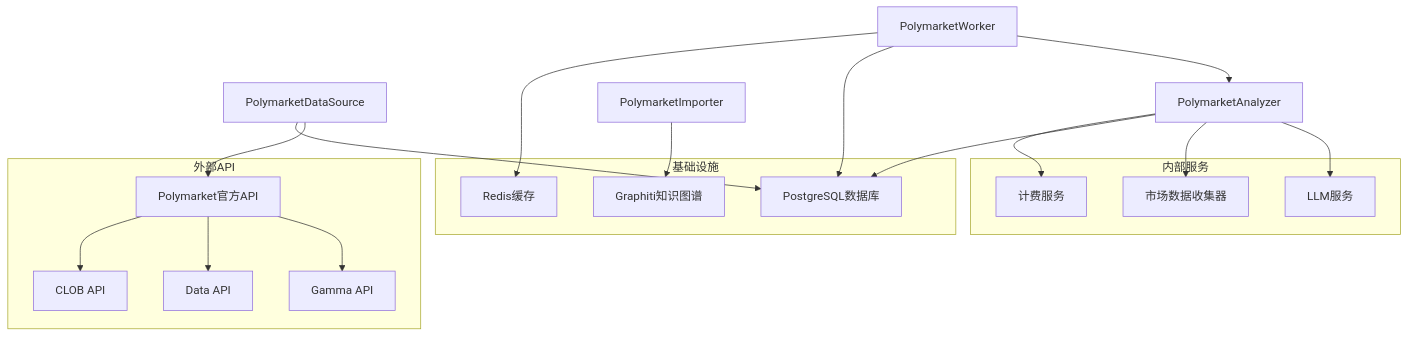
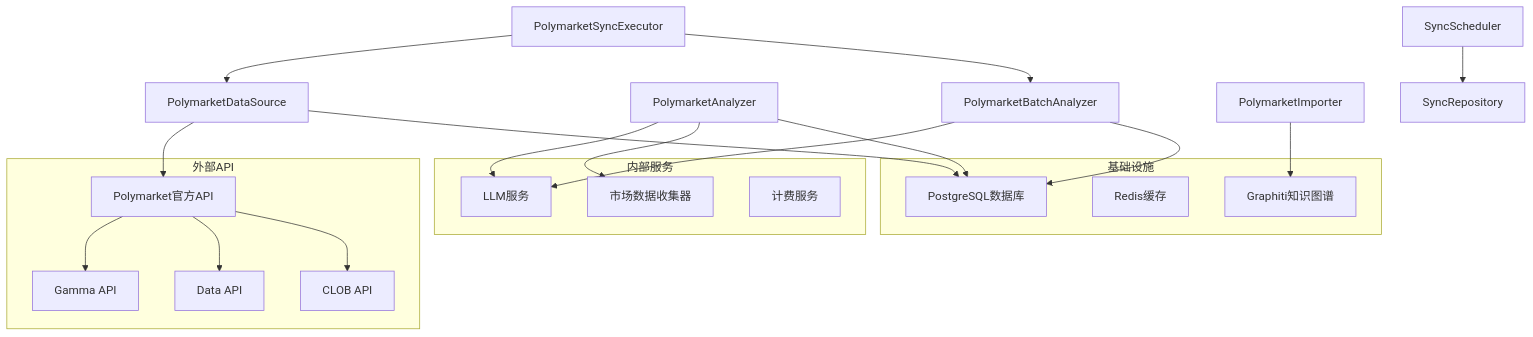
Before and after one commit to joezxh/QuantDinger: the tenth of 12 diagrams in .qoder/repowiki/zh/content/数据管理系统/数据源适配器/Polymarket预测市场数据集成.md, drawn with Mermaid. The commit also changed other lines of this file and 71 other files, not shown here.

````diff
--- a/.qoder/repowiki/zh/content/数据管理系统/数据源适配器/Polymarket预测市场数据集成.md
+++ b/.qoder/repowiki/zh/content/数据管理系统/数据源适配器/Polymarket预测市场数据集成.md
@@ -374,32 +492,33 @@
 ```mermaid
 graph TB
 subgraph "外部API"
 PolymarketAPI[Polymarket官方API]
 GammaAPI[Gamma API]
 DataAPI[Data API]
 CLOB_API[CLOB API]
 end
 subgraph "内部服务"
 LLMService[LLM服务]
 MarketCollector[市场数据收集器]
 BillingService[计费服务]
 end
 subgraph "基础设施"
 PostgreSQL[PostgreSQL数据库]
 Redis[Redis缓存]
 Graphiti[Graphiti知识图谱]
 end
 PolymarketAPI --> GammaAPI
 PolymarketAPI --> DataAPI
 PolymarketAPI --> CLOB_API
 PolymarketDataSource --> PolymarketAPI
 PolymarketAnalyzer --> LLMService
 PolymarketAnalyzer --> MarketCollector
-PolymarketWorker --> PolymarketAnalyzer
+PolymarketBatchAnalyzer --> LLMService
 PolymarketDataSource --> PostgreSQL
 PolymarketAnalyzer --> PostgreSQL
-PolymarketWorker --> PostgreSQL
-PolymarketAnalyzer --> BillingService
-PolymarketWorker --> Redis
+PolymarketBatchAnalyzer --> PostgreSQL
 PolymarketImporter --> Graphiti
+SyncScheduler --> SyncRepository
+PolymarketSyncExecutor --> PolymarketDataSource
+PolymarketSyncExecutor --> PolymarketBatchAnalyzer
 ```
````
